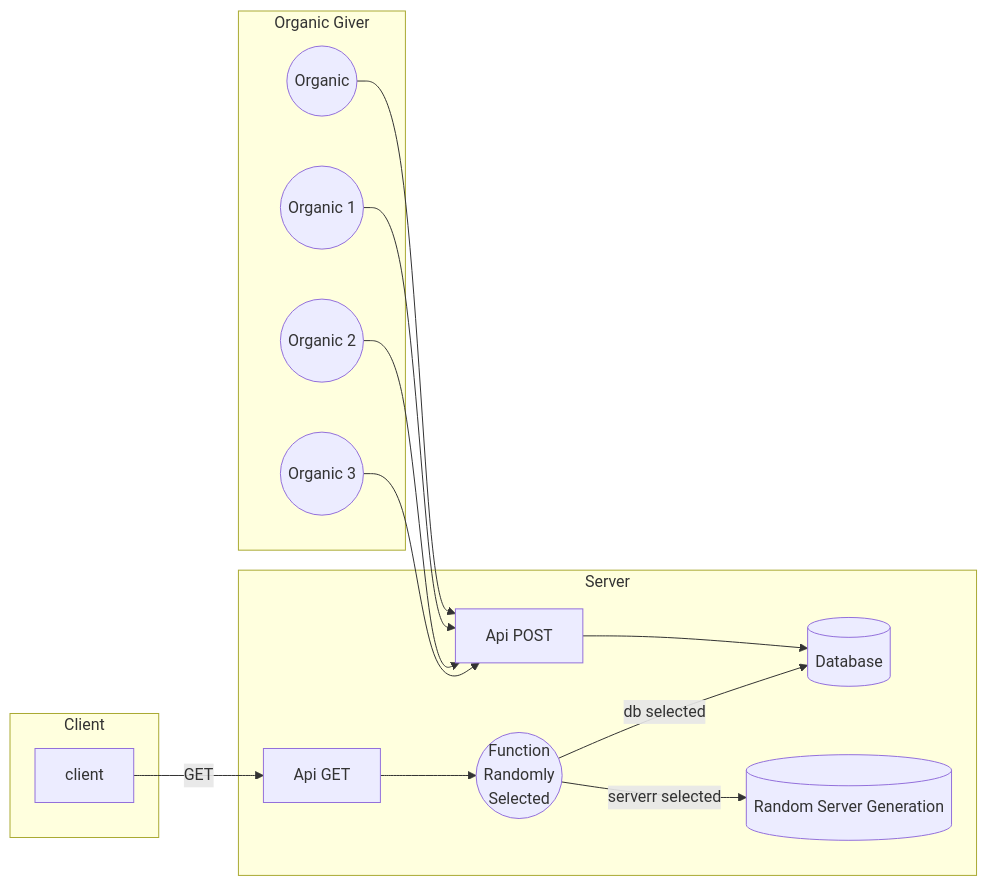
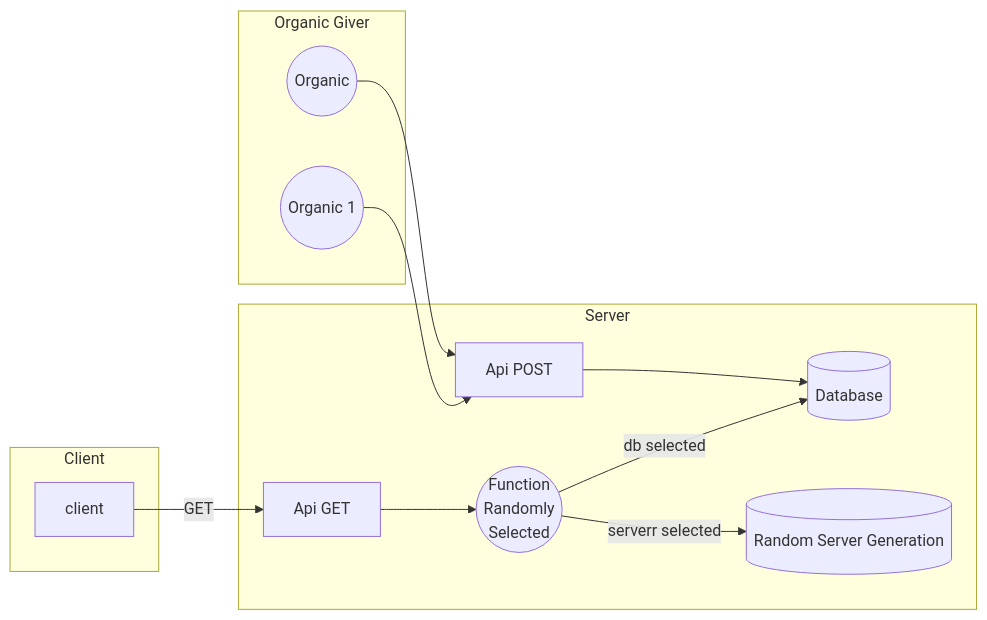
Before and after one commit to YR72dpi/lunaticProject: the diagram in README.md, drawn with Mermaid.

````diff
--- a/README.md
+++ b/README.md
@@ -18,37 +18,29 @@
 ```mermaid
 graph LR
 
     Organic((Organic))
     Organic1((Organic 1))
-    Organic2((Organic 2))
-    Organic3((Organic 3))
     API[Api POST]
     db[(Database)]
     ApiGet[Api GET]
     serverRandom[(Random Server Generation)]
     randomChoice((Function 
         Randomly 
         Selected))
 
     subgraph Server
         API[Api POST] --> db[(Database)] 
         randomChoice -- db selected --> db
         randomChoice -- serverr selected --> serverRandom
         ApiGet --> randomChoice
     end
 
     subgraph Organic Giver
         Organic --> API
         Organic1 --> API
-        Organic2 --> API
-        Organic3 --> API
     end
 
     subgraph Client
         client[client] -- GET -->ApiGet
     end
-
-
-
-
 ```
````
